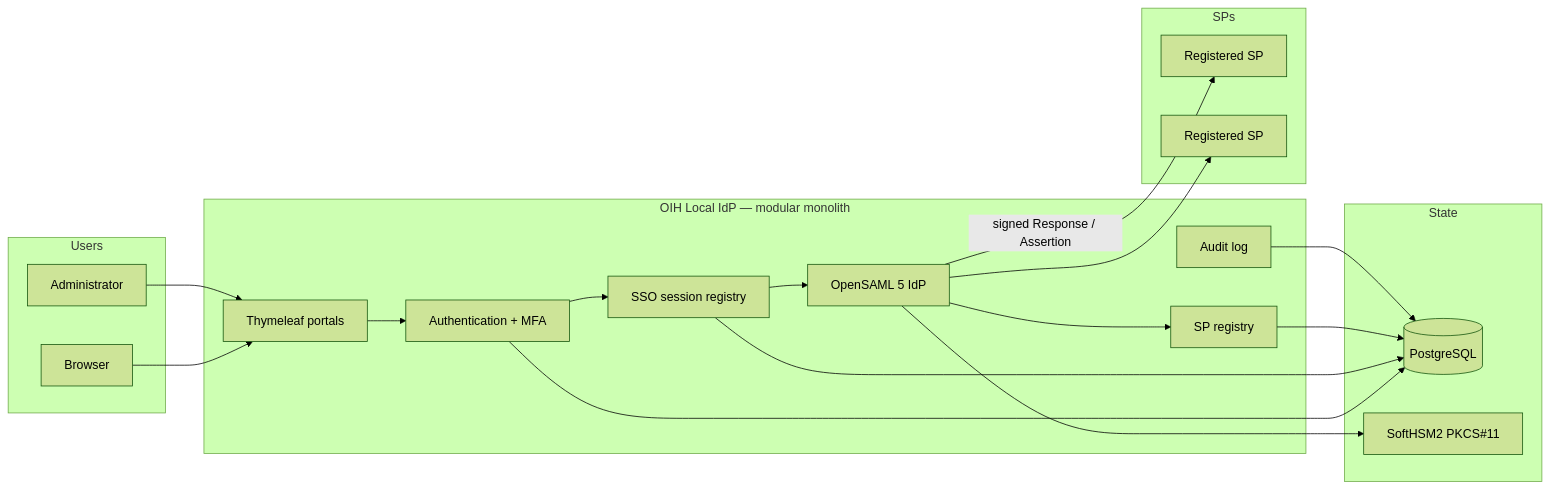
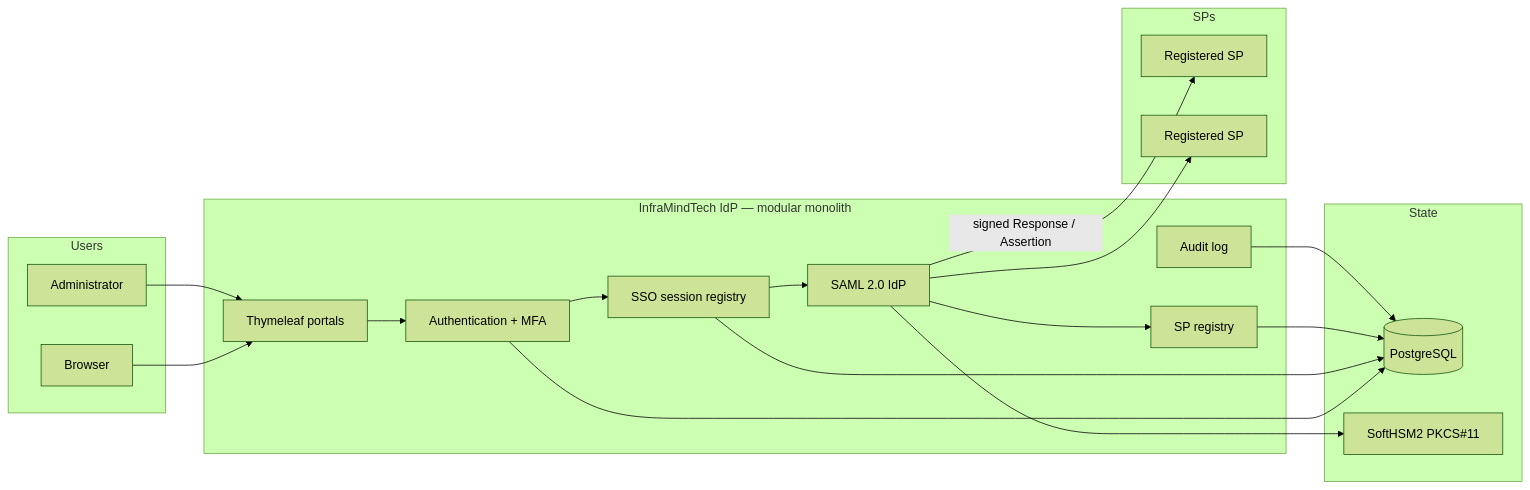
Before and after one commit to sudheepnbr/Saj-n_Projects: the diagram in saml-mfa-idp/README.md, drawn with Mermaid (forest theme). The commit also changed other lines of this file and 9 other files, not shown here.

First line of the commit message:
Rebrand GitHub main docs from OIH to InfraMindTech.

````diff
--- a/saml-mfa-idp/README.md
+++ b/saml-mfa-idp/README.md
@@ -75,40 +86,40 @@
 ```mermaid
 flowchart LR
   subgraph Users
     U[Browser]
     A[Administrator]
   end
 
-  subgraph IdP["OIH Local IdP — modular monolith"]
+  subgraph IdP["InfraMindTech IdP — modular monolith"]
     WEB[Thymeleaf portals]
     AUTH[Authentication + MFA]
     SESS[SSO session registry]
-    SAML[OpenSAML 5 IdP]
+    SAML[SAML 2.0 IdP]
     SPR[SP registry]
     AUD[Audit log]
   end
 
   subgraph State
     PG[(PostgreSQL)]
     HSM[SoftHSM2 PKCS#11]
   end
 
   subgraph SPs
     SP1[Registered SP]
     SP2[Registered SP]
   end
 
   U --> WEB
   A --> WEB
   WEB --> AUTH
   AUTH --> SESS
   SESS --> SAML
   SAML --> SPR
   AUTH --> PG
   SESS --> PG
   SPR --> PG
   AUD --> PG
   SAML --> HSM
   SAML -->|"signed Response / Assertion"| SP1
   SAML --> SP2
 ```
````
